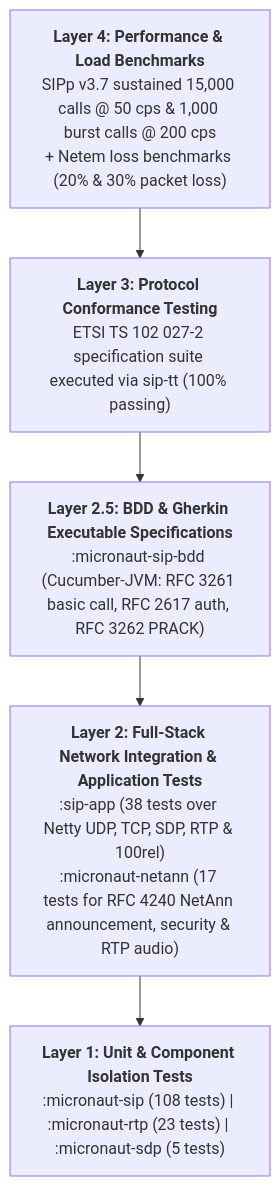
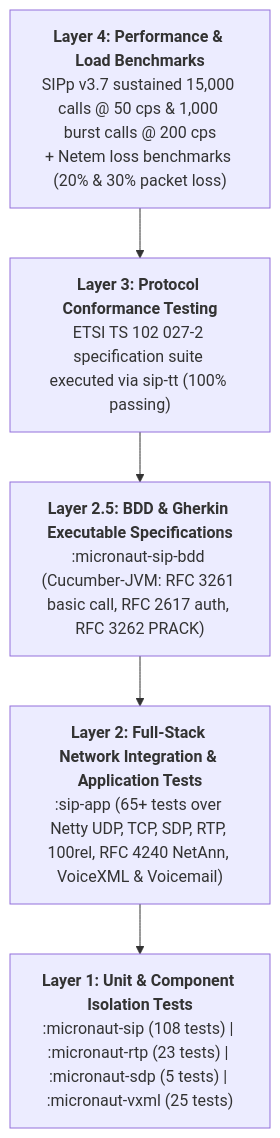
Before and after one commit to net-pilgrim/micronaut-sip: the first of 2 diagrams in doc/TESTING.md, drawn with Mermaid. The commit also changed other lines of this file and 51 other files, not shown here.

Commit message:
refactor: merge micronaut-netann and sip-mailbox into unified sip-app

````diff
--- a/doc/TESTING.md
+++ b/doc/TESTING.md
@@ -7,12 +7,12 @@
 ```mermaid
 flowchart TD
     L4["<b>Layer 4: Performance & Load Benchmarks</b><br/>SIPp v3.7 sustained 15,000 calls @ 50 cps & 1,000 burst calls @ 200 cps<br/>+ Netem loss benchmarks (20% & 30% packet loss)"]
     L3["<b>Layer 3: Protocol Conformance Testing</b><br/>ETSI TS 102 027-2 specification suite executed via sip-tt (100% passing)"]
     L2B["<b>Layer 2.5: BDD & Gherkin Executable Specifications</b><br/>:micronaut-sip-bdd (Cucumber-JVM: RFC 3261 basic call, RFC 2617 auth, RFC 3262 PRACK)"]
-    L2["<b>Layer 2: Full-Stack Network Integration & Application Tests</b><br/>:sip-app (38 tests over Netty UDP, TCP, SDP, RTP & 100rel)<br/>:micronaut-netann (17 tests for RFC 4240 NetAnn announcement, security & RTP audio)"]
-    L1["<b>Layer 1: Unit & Component Isolation Tests</b><br/>:micronaut-sip (108 tests) | :micronaut-rtp (23 tests) | :micronaut-sdp (5 tests)"]
+    L2["<b>Layer 2: Full-Stack Network Integration & Application Tests</b><br/>:sip-app (65+ tests over Netty UDP, TCP, SDP, RTP, 100rel, RFC 4240 NetAnn, VoiceXML & Voicemail)"]
+    L1["<b>Layer 1: Unit & Component Isolation Tests</b><br/>:micronaut-sip (108 tests) | :micronaut-rtp (23 tests) | :micronaut-sdp (5 tests) | :micronaut-vxml (25 tests)"]
     L4 --> L3
     L3 --> L2B
     L2B --> L2
     L2 --> L1
 ```
````
